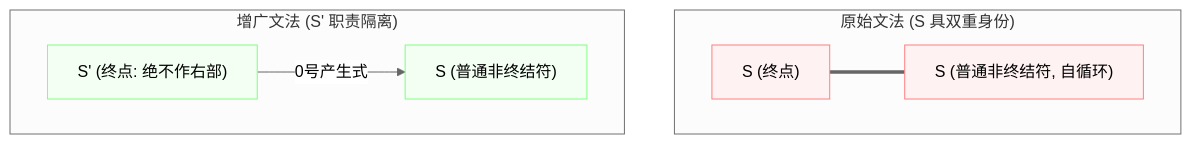
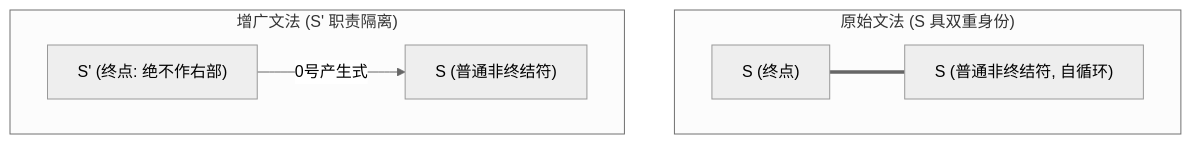
Before and after one commit to Singularity-Ye/Blog-pro: the diagram in public/notes/01_藏经阁（知识库）/格物院（课程与学科）/编译原理/03_语法分析/03_自底向上分析/增广文法.md, drawn with Mermaid (neutral theme). The commit also changed 6 other files, not shown here.

Commit message:
style(flowchart): synchronize notes and remove classDef configurations from compiled notes

````diff
--- a/public/notes/01_藏经阁（知识库）/格物院（课程与学科）/编译原理/03_语法分析/03_自底向上分析/增广文法.md
+++ b/public/notes/01_藏经阁（知识库）/格物院（课程与学科）/编译原理/03_语法分析/03_自底向上分析/增广文法.md
@@ -79,19 +79,14 @@
 ```mermaid
 flowchart TD
     subgraph Original["原始文法 (S 具双重身份)"]
         S1["S (终点)"]
         S2["S (普通非终结符, 自循环)"]
         S1 === S2
     end
 
     subgraph Augmented["增广文法 (S' 职责隔离)"]
         Sp["S' (终点: 绝不作右部)"]
         S_new["S (普通非终结符)"]
         Sp -->|0号产生式| S_new
     end
-    
-    classDef orig fill:#fff2f2,stroke:#ff8080,stroke-width:1px;
-    classDef aug fill:#f2fff2,stroke:#80ff80,stroke-width:1px;
-    class S1,S2 orig;
-    class Sp,S_new aug;
 ```
````
